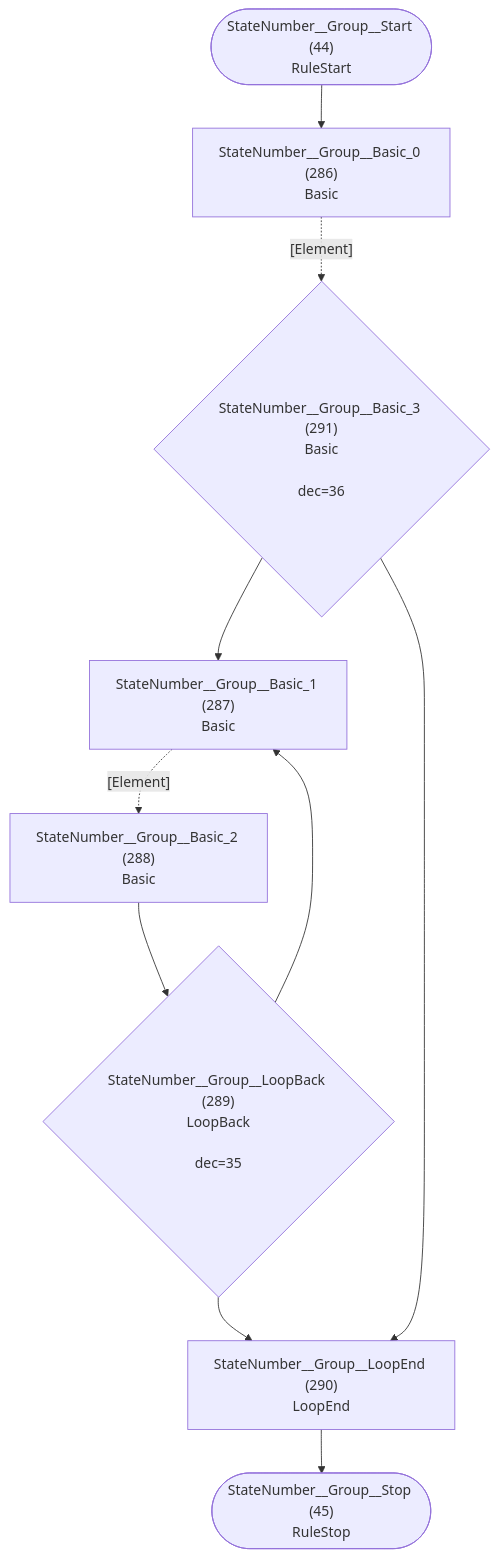
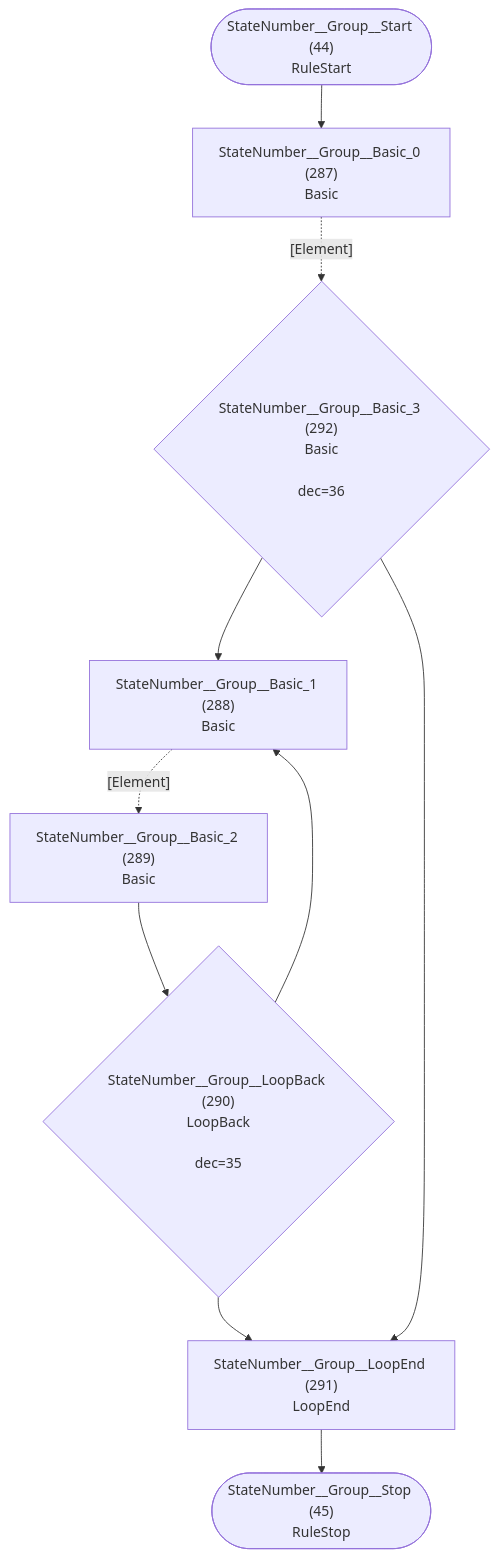
Diagram 23 of 36 in internal/grammar/atn.md (TypeFox/fastbelt), drawn with Mermaid before and after one commit. The commit also changed other lines of this file and 9 other files, not shown here.

````diff
--- a/internal/grammar/atn.md
+++ b/internal/grammar/atn.md
@@ -699,21 +701,21 @@
 ```mermaid
 flowchart TD
     q44(["StateNumber__Group__Start (44)<br/>RuleStart"])
     q45(["StateNumber__Group__Stop (45)<br/>RuleStop"])
-    q286["StateNumber__Group__Basic_0 (286)<br/>Basic<br/>"]
-    q287["StateNumber__Group__Basic_1 (287)<br/>Basic<br/>"]
-    q288["StateNumber__Group__Basic_2 (288)<br/>Basic<br/>"]
-    q289{"StateNumber__Group__LoopBack (289)<br/>LoopBack<br/><br/>dec=35"}
-    q290["StateNumber__Group__LoopEnd (290)<br/>LoopEnd<br/>"]
-    q291{"StateNumber__Group__Basic_3 (291)<br/>Basic<br/><br/>dec=36"}
+    q287["StateNumber__Group__Basic_0 (287)<br/>Basic<br/>"]
+    q288["StateNumber__Group__Basic_1 (288)<br/>Basic<br/>"]
+    q289["StateNumber__Group__Basic_2 (289)<br/>Basic<br/>"]
+    q290{"StateNumber__Group__LoopBack (290)<br/>LoopBack<br/><br/>dec=35"}
+    q291["StateNumber__Group__LoopEnd (291)<br/>LoopEnd<br/>"]
+    q292{"StateNumber__Group__Basic_3 (292)<br/>Basic<br/><br/>dec=36"}
 
-    q44 --> q286
-    q286 -.->|"[Element]"| q291
-    q287 -.->|"[Element]"| q288
-    q288 --> q289
-    q289 --> q287
+    q44 --> q287
+    q287 -.->|"[Element]"| q292
+    q288 -.->|"[Element]"| q289
     q289 --> q290
-    q290 --> q45
-    q291 --> q287
-    q291 --> q290
+    q290 --> q288
+    q290 --> q291
+    q291 --> q45
+    q292 --> q288
+    q292 --> q291
 ```
````
